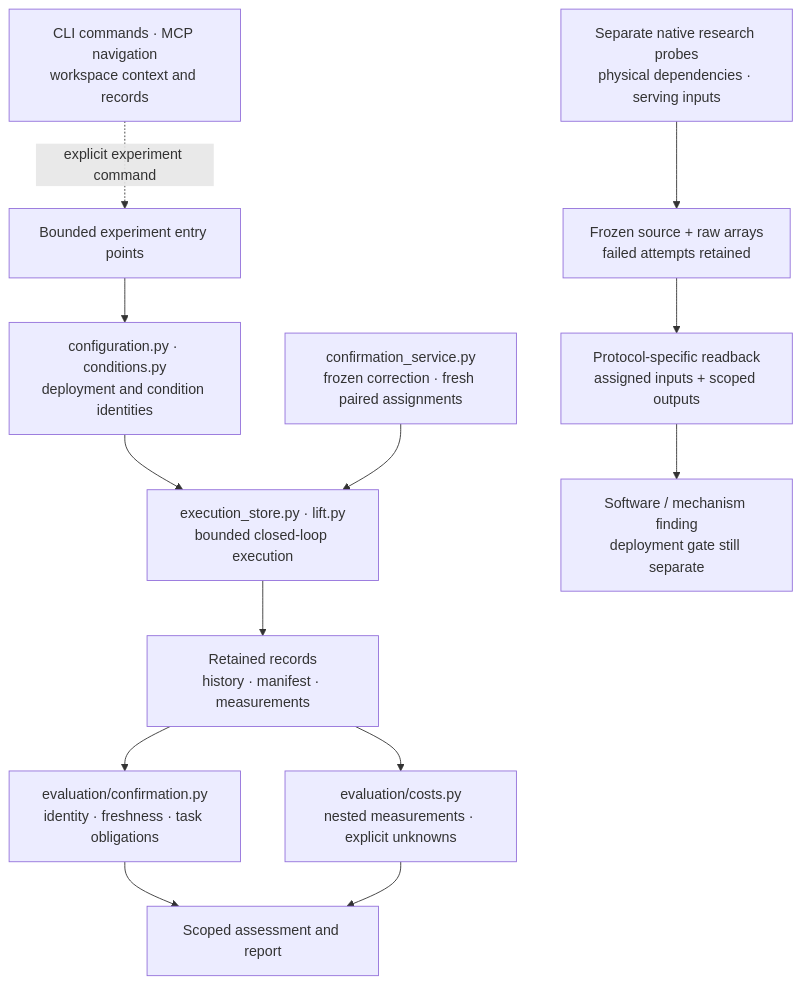
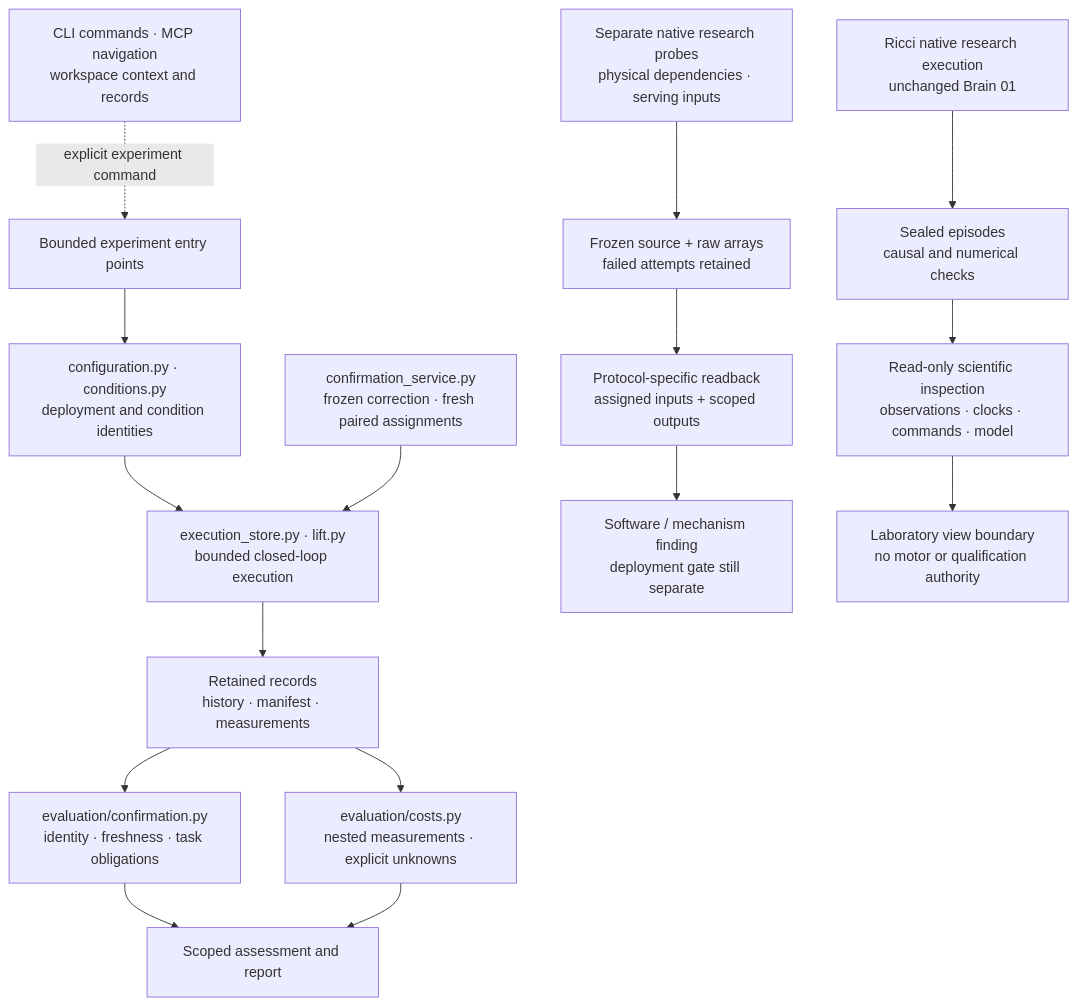
One commit to manfromnowhere143/nisayon changed the first of 6 diagrams in docs/ARCHITECTURE.md. Above: the diagram before and after it, drawn with Mermaid. The commit also changed other lines of this file and 67 other files, not shown here.

First line of the commit message:
ricci: audit causal timing and expose verified scientific inspection

````diff
--- a/docs/ARCHITECTURE.md
+++ b/docs/ARCHITECTURE.md
@@ -214,18 +223,21 @@
 ```mermaid
 flowchart TB
     accTitle: Current implementation and its execution boundaries
     accDescr: Workspace CLI commands and MCP navigation share development context and records. Bounded experiment entry points use configuration and condition identities, an execution store and the Lift adapter. The confirmation service prepares fresh paired assignments. Evaluation reads retained records and produces scoped decisions and costs. Separate native research probes retain physical and serving observations for protocol-specific input/output readback. They do not connect an autonomous planner to a robot or authorize deployment.
     W["CLI commands · MCP navigation<br/>workspace context and records"]
     W -. "explicit experiment command" .-> B["Bounded experiment entry points"]
     B --> I["configuration.py · conditions.py<br/>deployment and condition identities"]
     I --> X["execution_store.py · lift.py<br/>bounded closed-loop execution"]
     C["confirmation_service.py<br/>frozen correction · fresh paired assignments"] --> X
     X --> R["Retained records<br/>history · manifest · measurements"]
     R --> E["evaluation/confirmation.py<br/>identity · freshness · task obligations"]
     N["Separate native research probes<br/>physical dependencies · serving inputs"] --> P["Frozen source + raw arrays<br/>failed attempts retained"]
     P --> A["Protocol-specific readback<br/>assigned inputs + scoped outputs"]
     A --> U["Software / mechanism finding<br/>deployment gate still separate"]
+    RB["Ricci native research execution<br/>unchanged Brain 01"] --> RE["Sealed episodes<br/>causal and numerical checks"]
+    RE --> RV["Read-only scientific inspection<br/>observations · clocks · commands · model"]
+    RV --> LV["Laboratory view boundary<br/>no motor or qualification authority"]
     R --> K["evaluation/costs.py<br/>nested measurements · explicit unknowns"]
     E --> O["Scoped assessment and report"]
     K --> O
 ```
````
